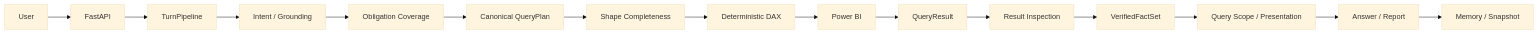
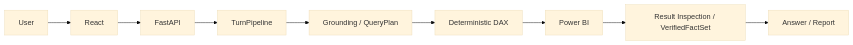
One commit to Strange-Men/PowerBIAgent changed the diagram in README.md. Above: the diagram before and after it, drawn with Mermaid (base theme). The commit also changed other lines of this file and 20 other files, not shown here.

````diff
--- a/README.md
+++ b/README.md
@@ -74,17 +30,11 @@
 ```mermaid
 flowchart LR
-    User["User"] --> API["FastAPI"]
+    User["User"] --> React["React"]
+    React --> API["FastAPI"]
     API --> Pipeline["TurnPipeline"]
-    Pipeline --> Grounding["Intent / Grounding"]
-    Grounding --> Coverage["Obligation Coverage"]
-    Coverage --> Plan["Canonical QueryPlan"]
-    Plan --> Shape["Shape Completeness"]
-    Shape --> DAX["Deterministic DAX"]
+    Pipeline --> Grounding["Grounding / QueryPlan"]
+    Grounding --> DAX["Deterministic DAX"]
     DAX --> PBI["Power BI"]
-    PBI --> Result["QueryResult"]
-    Result --> Inspection["Result Inspection"]
-    Inspection --> Facts["VerifiedFactSet"]
-    Facts --> Scope["Query Scope / Presentation"]
-    Scope --> Output["Answer / Report"]
-    Output --> State["Memory / Snapshot"]
+    PBI --> Facts["Result Inspection / VerifiedFactSet"]
+    Facts --> Output["Answer / Report"]
 ```
````
